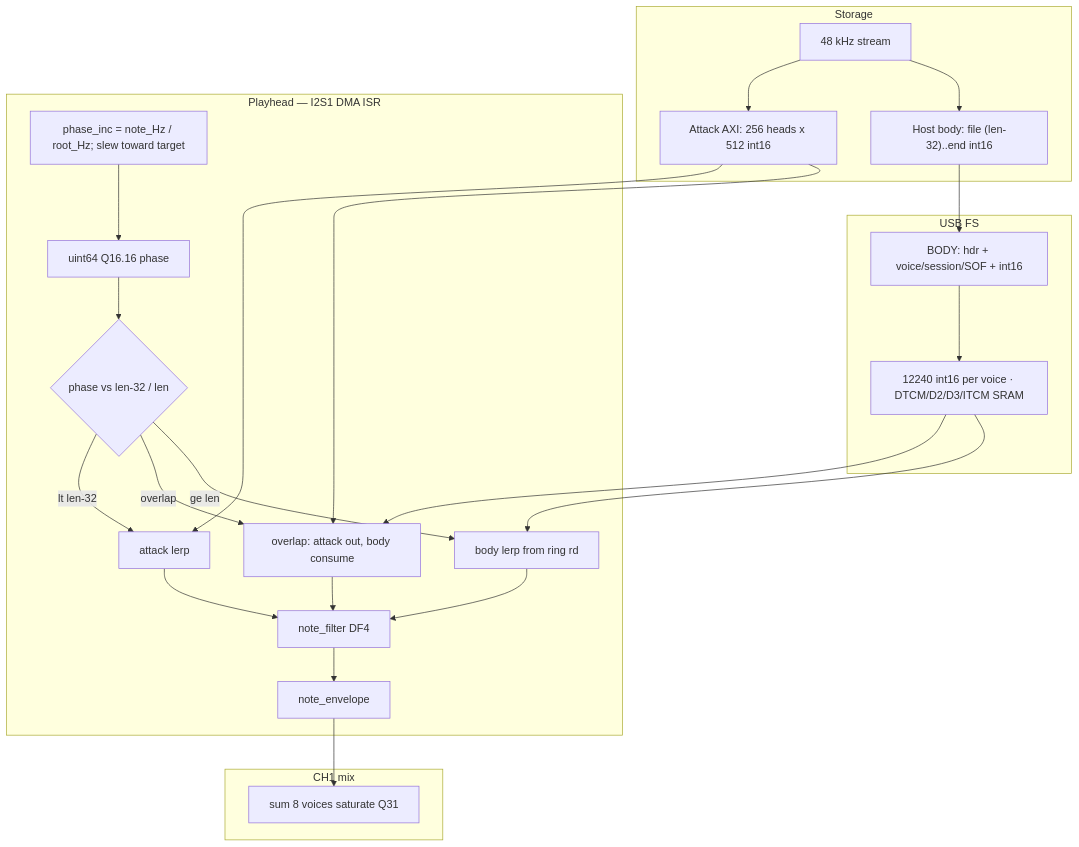
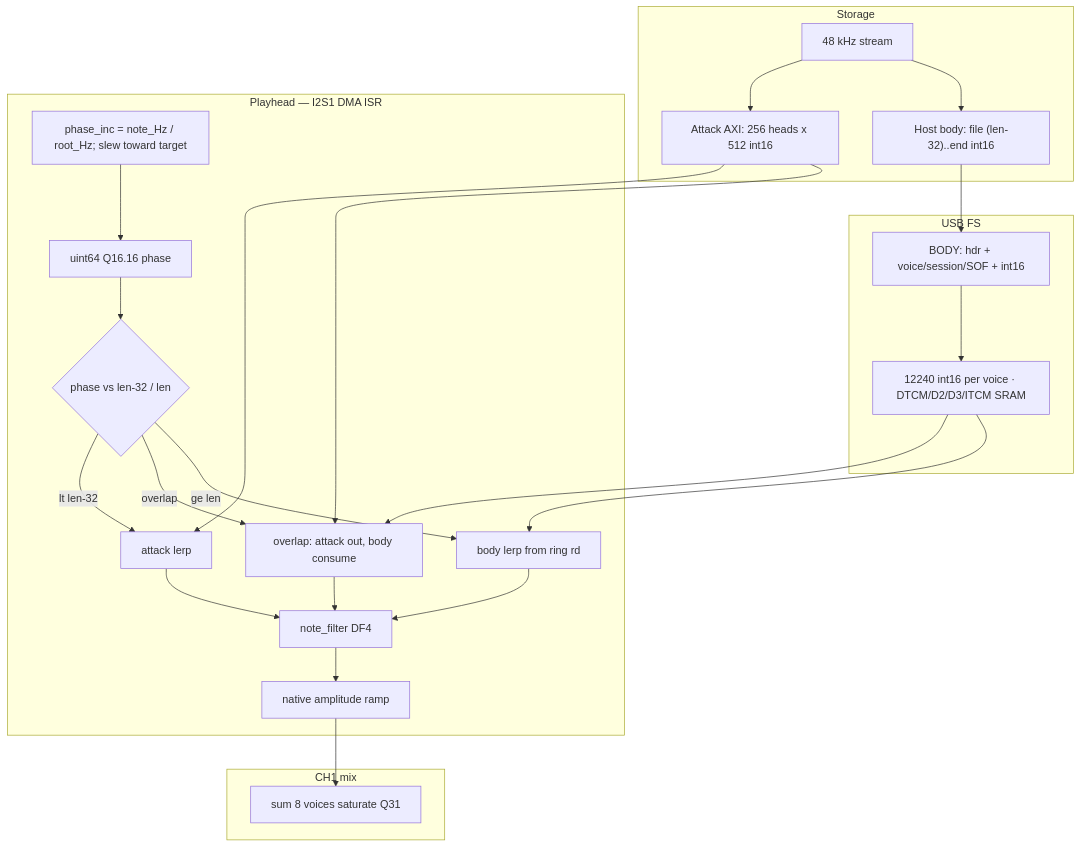
Before and after one commit to narendrabhatt-freshwater/firmware: the second of 5 diagrams in channel_card/docs/diagrams/card_data_flow.md, drawn with Mermaid. The commit also changed 85 other files, not shown here.

````diff
--- a/channel_card/docs/diagrams/card_data_flow.md
+++ b/channel_card/docs/diagrams/card_data_flow.md
@@ -79,45 +79,45 @@
 ```mermaid
 flowchart TB
   subgraph store [Storage]
     File["48 kHz stream"]
     Atk["Attack AXI: 256 heads x 512 int16"]
     Body["Host body: file (len-32)..end int16"]
     File --> Atk
     File --> Body
   end
 
   subgraph usb [USB FS]
     Tag["BODY: hdr + voice/session/SOF + int16"]
     Slots["12240 int16 per voice · DTCM/D2/D3/ITCM SRAM"]
     Body --> Tag --> Slots
   end
 
   subgraph play [Playhead — I2S1 DMA ISR]
     Ph["uint64 Q16.16 phase"]
     Inc["phase_inc = note_Hz / root_Hz; slew toward target"]
     Join{"phase vs len-32 / len"}
     AtkOnly["attack lerp"]
     Xfade["overlap: attack out, body consume"]
     BodyOnly["body lerp from ring rd"]
     Lpf["note_filter DF4"]
-    Env["note_envelope"]
+    Env["native amplitude ramp"]
     Ph --> Join
     Inc --> Ph
     Atk --> AtkOnly
     Atk --> Xfade
     Slots --> Xfade
     Slots --> BodyOnly
     Join -->|lt len-32| AtkOnly
     Join -->|overlap| Xfade
     Join -->|ge len| BodyOnly
     AtkOnly --> Lpf
     Xfade --> Lpf
     BodyOnly --> Lpf
     Lpf --> Env
   end
 
   subgraph mix [CH1 mix]
     Sum["sum 8 voices saturate Q31"]
     Env --> Sum
   end
 ```
````
